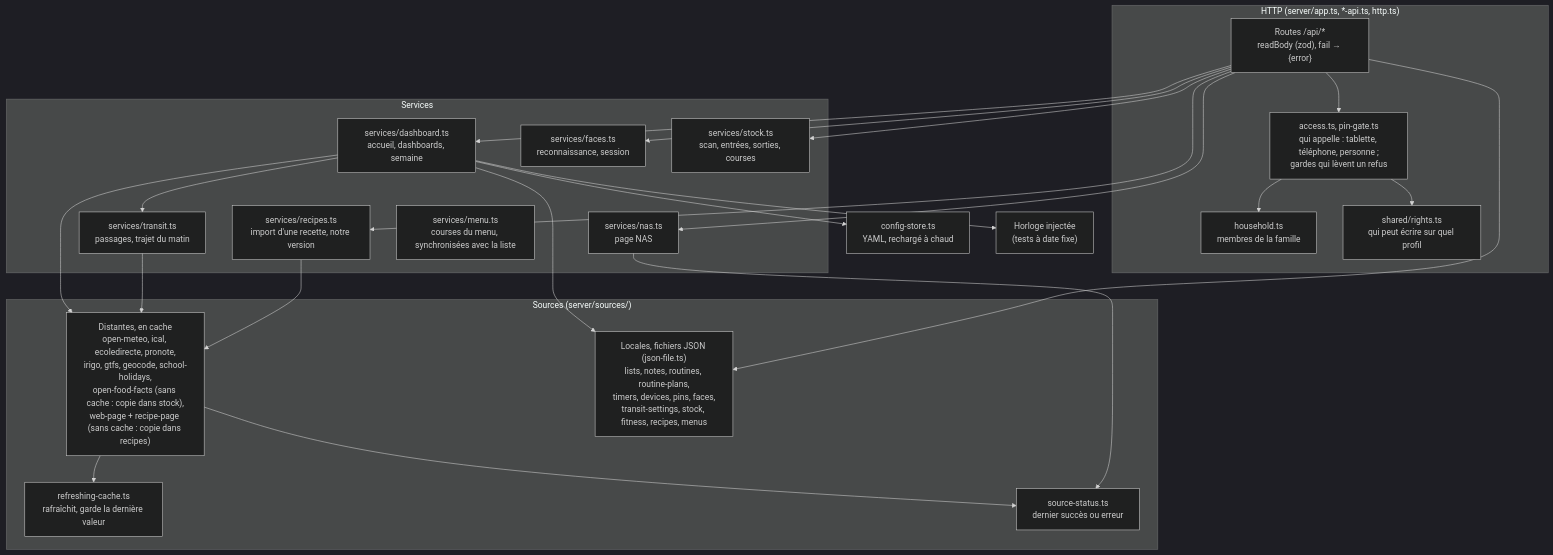
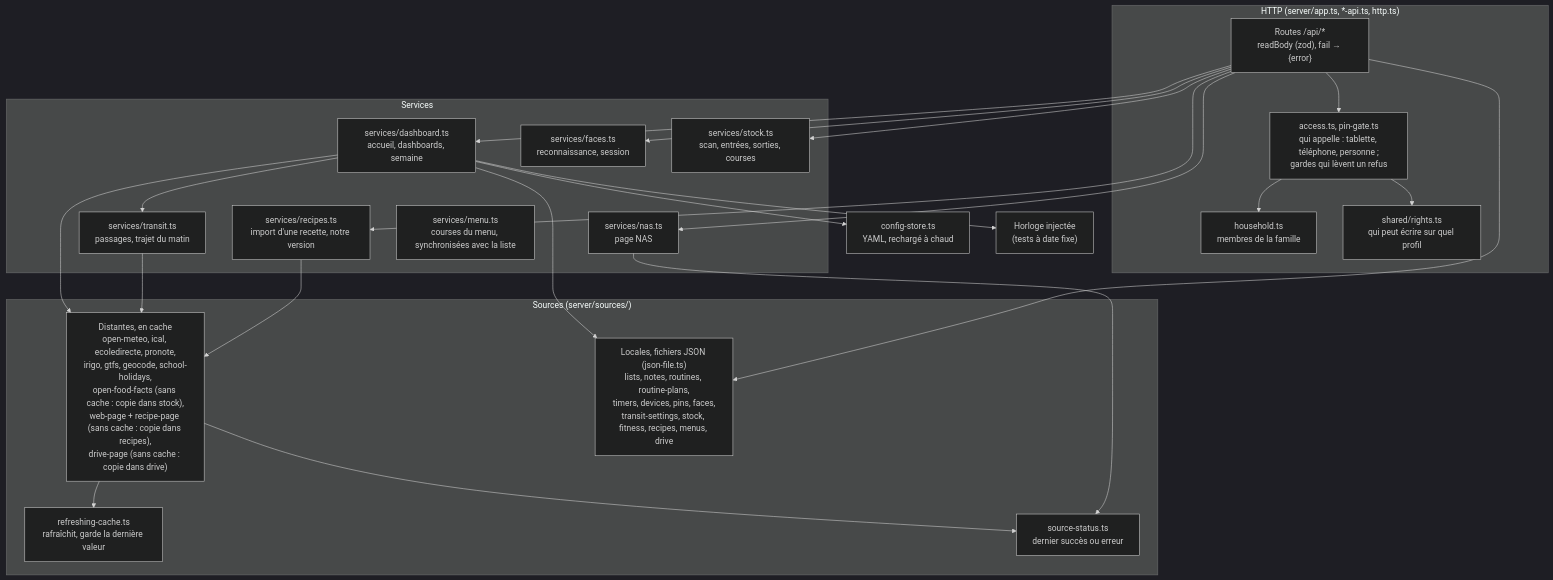
Before and after one commit to DeafLight/homehub: the second of 12 diagrams in docs/architecture.md, drawn with Mermaid (dark theme). The commit also changed other lines of this file and 40 other files, not shown here.

````diff
--- a/docs/architecture.md
+++ b/docs/architecture.md
@@ -56,39 +57,39 @@
 ```mermaid
 flowchart TB
   subgraph http["HTTP (server/app.ts, *-api.ts, http.ts)"]
     routes["Routes /api/*<br/>readBody (zod), fail → {error}"]
     access["access.ts, pin-gate.ts<br/>qui appelle : tablette, téléphone, personne ;<br/>gardes qui lèvent un refus"]
     household["household.ts<br/>membres de la famille"]
     rights["shared/rights.ts<br/>qui peut écrire sur quel profil"]
   end
   subgraph services["Services"]
     dash["services/dashboard.ts<br/>accueil, dashboards, semaine"]
     transitS["services/transit.ts<br/>passages, trajet du matin"]
     facesS["services/faces.ts<br/>reconnaissance, session"]
     stockS["services/stock.ts<br/>scan, entrées, sorties, courses"]
     nasS["services/nas.ts<br/>page NAS"]
     recipesS["services/recipes.ts<br/>import d'une recette, notre version"]
     menuS["services/menu.ts<br/>courses du menu, synchronisées avec la liste"]
   end
   subgraph sources["Sources (server/sources/)"]
-    distant["Distantes, en cache<br/>open-meteo, ical, ecoledirecte, pronote,<br/>irigo, gtfs, geocode, school-holidays,<br/>open-food-facts (sans cache : copie dans stock),<br/>web-page + recipe-page (sans cache : copie dans recipes)"]
-    locales["Locales, fichiers JSON (json-file.ts)<br/>lists, notes, routines, routine-plans,<br/>timers, devices, pins, faces,<br/>transit-settings, stock, fitness, recipes, menus"]
+    distant["Distantes, en cache<br/>open-meteo, ical, ecoledirecte, pronote,<br/>irigo, gtfs, geocode, school-holidays,<br/>open-food-facts (sans cache : copie dans stock),<br/>web-page + recipe-page (sans cache : copie dans recipes),<br/>drive-page (sans cache : copie dans drive)"]
+    locales["Locales, fichiers JSON (json-file.ts)<br/>lists, notes, routines, routine-plans,<br/>timers, devices, pins, faces,<br/>transit-settings, stock, fitness, recipes, menus, drive"]
     cache["refreshing-cache.ts<br/>rafraîchit, garde la dernière valeur"]
     status["source-status.ts<br/>dernier succès ou erreur"]
   end
   config["config-store.ts<br/>YAML, rechargé à chaud"]
   horloge["Horloge injectée<br/>(tests à date fixe)"]
 
   routes --> access --> rights
   access --> household
   routes --> dash & nasS & facesS & stockS & recipesS
   recipesS --> distant
   dash --> transitS --> distant
   routes --> locales
   dash --> distant & locales
   nasS --> status
   distant --> cache
   distant --> status
   dash --> config
   dash --> horloge
 ```
````
